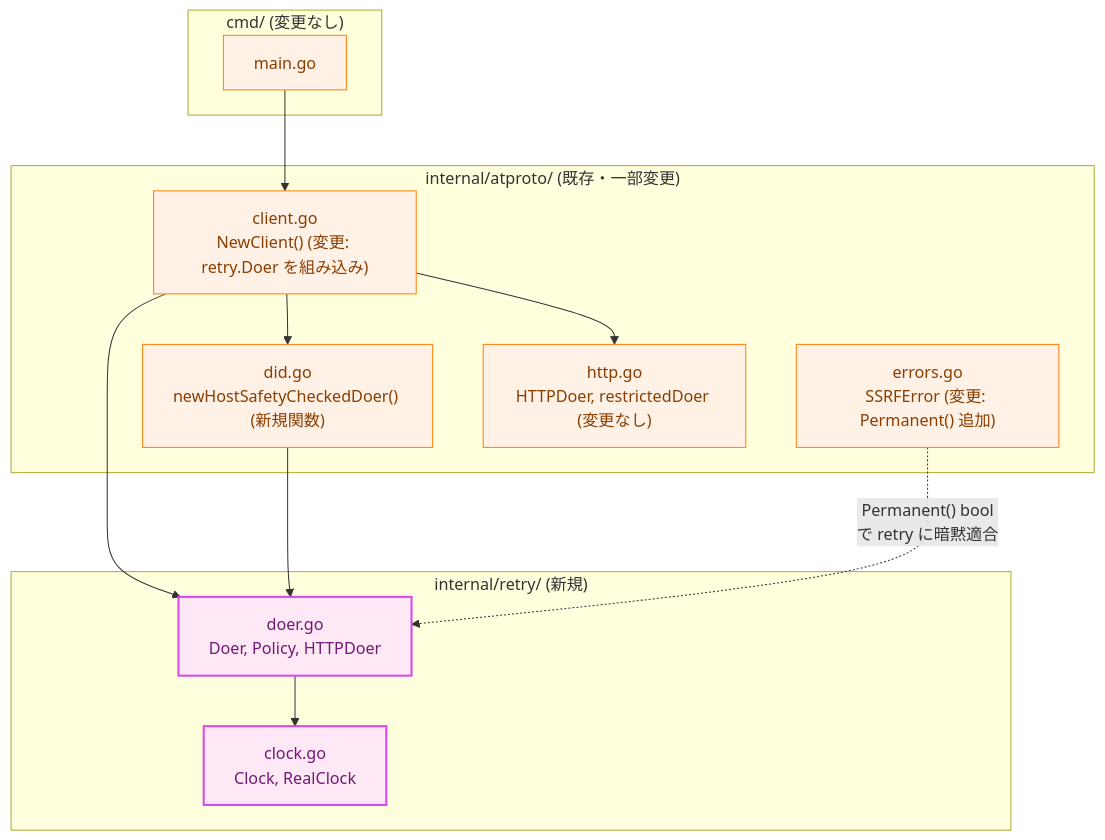
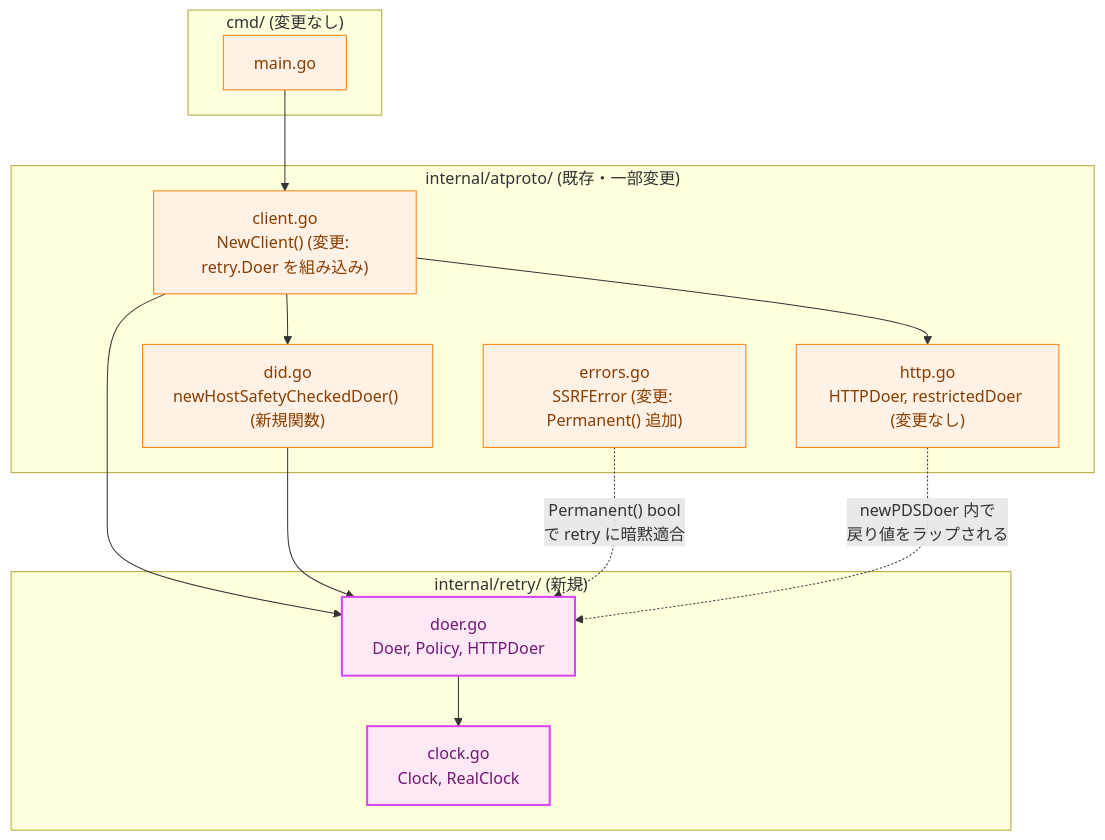
Before and after one commit to isseis/bsky-cleaner: the second of 5 diagrams in docs/tasks/0005_retry_timeout/02_architecture.md, drawn with Mermaid. The commit also changed other lines of this file, not shown here.

First line of the commit message:
docs(0005): clarify HTTPDoer wrapping edge in 2.1 diagram

````diff
--- a/docs/tasks/0005_retry_timeout/02_architecture.md
+++ b/docs/tasks/0005_retry_timeout/02_architecture.md
@@ -65,32 +65,33 @@
 ```mermaid
 flowchart TD
     classDef process fill:#fff1e6,stroke:#ff7f0e,stroke-width:1px,color:#8a3e00;
     classDef newpkg fill:#ffe8f5,stroke:#d946ef,stroke-width:2px,color:#701a75;
 
     subgraph pkg_retry ["internal/retry/ (新規)"]
         RDOER["doer.go<br>Doer, Policy, HTTPDoer"]
         RCLOCK["clock.go<br>Clock, RealClock"]
     end
 
     subgraph pkg_atproto ["internal/atproto/ (既存・一部変更)"]
         CLIENT["client.go<br>NewClient() (変更: retry.Doer を組み込み)"]
         ERRORS["errors.go<br>SSRFError (変更: Permanent() 追加)"]
         DID["did.go<br>newHostSafetyCheckedDoer() (新規関数)"]
         HTTP["http.go<br>HTTPDoer, restrictedDoer (変更なし)"]
     end
 
     subgraph pkg_cmd ["cmd/ (変更なし)"]
         MAIN["main.go"]
     end
 
     MAIN --> CLIENT
     CLIENT --> RDOER
     CLIENT --> DID
     CLIENT --> HTTP
     DID --> RDOER
     RDOER --> RCLOCK
     ERRORS -.->|"Permanent() bool<br>で retry に暗黙適合"| RDOER
+    HTTP -.->|"newPDSDoer 内で<br>戻り値をラップされる"| RDOER
 
     class RDOER,RCLOCK newpkg
     class CLIENT,ERRORS,DID,HTTP,MAIN process
 ```
````
